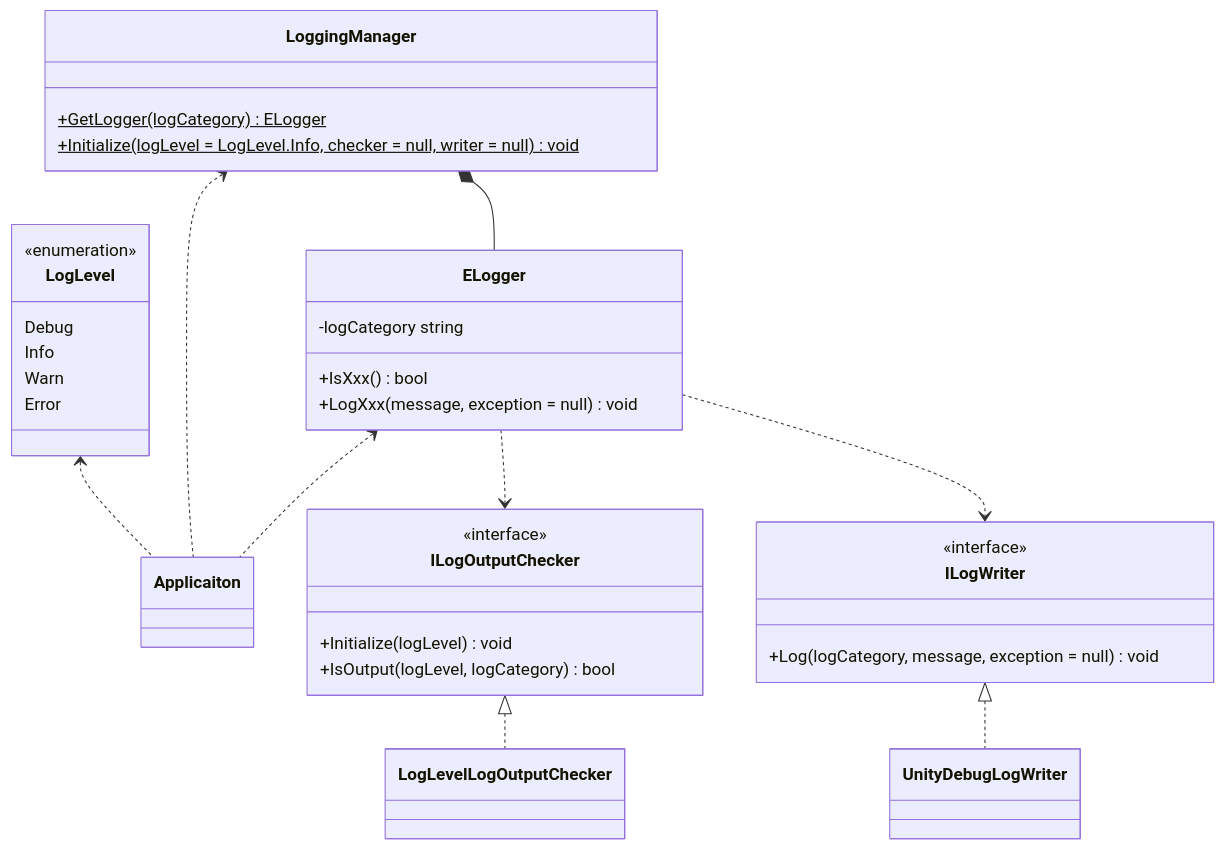
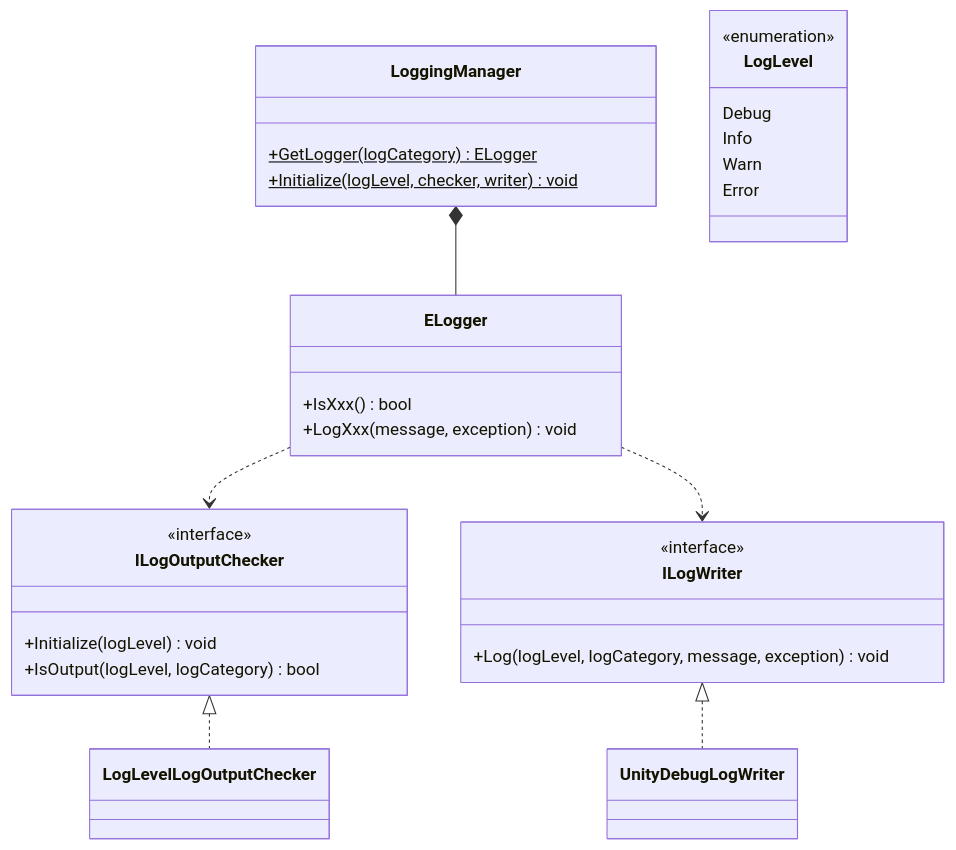
The first of 2 diagrams in docs/core/logging.md (extreal-dev/Extreal.Guide), drawn with Mermaid before and after one commit. The commit also changed 18 other files, not shown here.

````diff
--- a/docs/core/logging.md
+++ b/docs/core/logging.md
@@ -57,51 +57,44 @@
 ```mermaid
 classDiagram
 
-    LogLevel <.. Applicaiton
-    LoggingManager <.. Applicaiton
-    ELogger <.. Applicaiton
     LoggingManager *-- ELogger
     ELogger ..> ILogOutputChecker
     ELogger ..> ILogWriter
     ILogOutputChecker <|.. LogLevelLogOutputChecker
     ILogWriter <|.. UnityDebugLogWriter
-
-    class Applicaiton {
-    }
 
     class LogLevel {
         <<enumeration>>
         Debug
         Info
         Warn
         Error
     }
 
     class ELogger {
-        -logCategory string
         +IsXxx() bool
-        +LogXxx(message, exception = null) void
+        +LogXxx(message, exception) void
     }
 
     class LoggingManager {
         +GetLogger(logCategory)$ ELogger
-        +Initialize(logLevel = LogLevel.Info, checker = null, writer = null)$ void
+        +Initialize(logLevel, checker, writer)$ void
     }
 
     class ILogOutputChecker {
         <<interface>>
         +Initialize(logLevel) void
         +IsOutput(logLevel, logCategory) bool
     }
 
     class ILogWriter {
         <<interface>>
-        +Log(logCategory, message, exception = null) void
+        +Log(logLevel, logCategory, message, exception) void
     }
 
     class LogLevelLogOutputChecker {
     }
 
     class UnityDebugLogWriter {
     }
 ```
````
